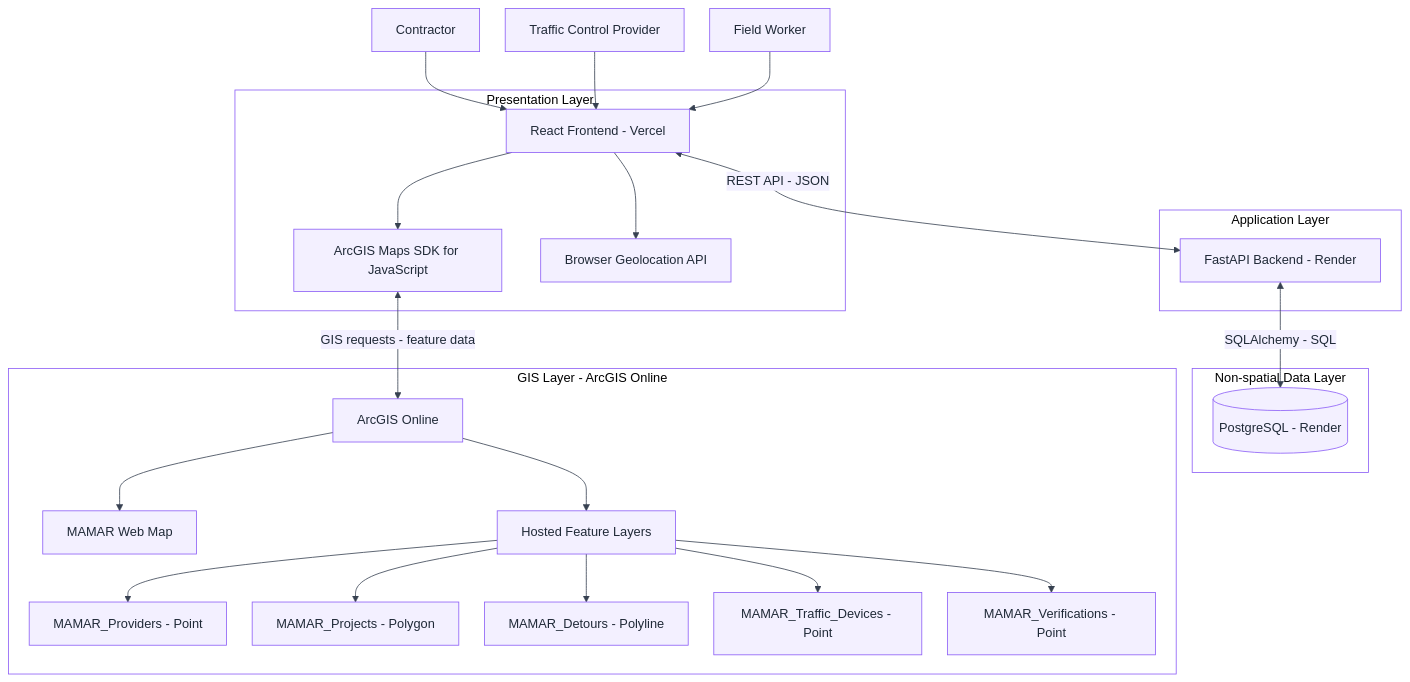
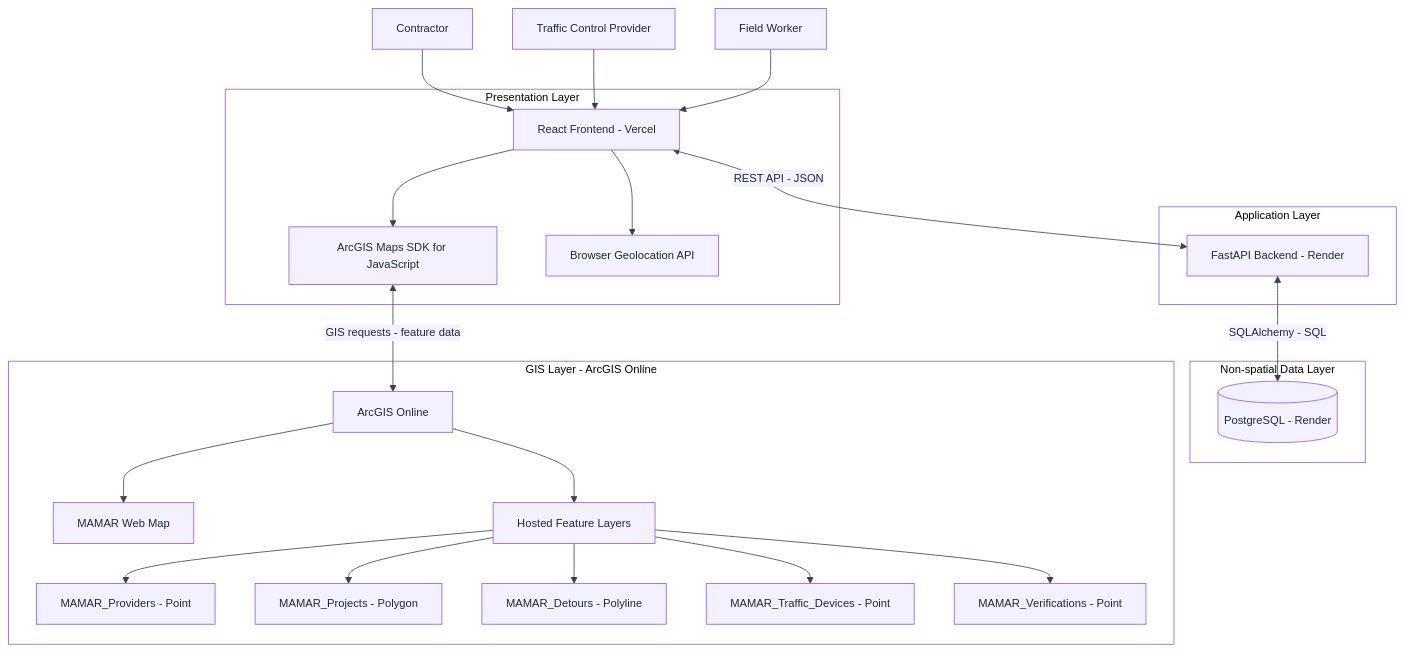
The first of 6 diagrams in Stage 3: Technical Documentation/README.md (janaalhazmi/MAMAR), drawn with Mermaid before and after one commit. The commit also changed other lines of this file, not shown here.

Commit message:
Polish and standardize Stage 3 Mermaid diagrams

````diff
--- a/Stage 3: Technical Documentation/README.md
+++ b/Stage 3: Technical Documentation/README.md
@@ -89,42 +89,38 @@
 ```mermaid
-%%{init: {"theme":"base","themeVariables":{"background":"#FFFFFF","primaryColor":"#F3F0FF","primaryTextColor":"#1F2937","primaryBorderColor":"#8B5CF6","lineColor":"#374151","secondaryColor":"#F3F0FF","tertiaryColor":"#FFFFFF","actorBkg":"#F3F0FF","actorBorder":"#8B5CF6","actorTextColor":"#1F2937","signalColor":"#374151","signalTextColor":"#1F2937","labelBoxBkgColor":"#F3F0FF","labelBoxBorderColor":"#8B5CF6","noteBkgColor":"#F3F0FF","noteBorderColor":"#8B5CF6","fontFamily":"Arial, sans-serif","fontSize":"16px"},"flowchart":{"nodeSpacing":32,"rankSpacing":48,"curve":"basis","htmlLabels":true}}}%%
+%%{init: {"theme": "base", "themeVariables": {"background": "#FFFFFF", "primaryColor": "#F3F0FF", "primaryTextColor": "#1F2937", "primaryBorderColor": "#8B5CF6", "lineColor": "#374151", "secondaryColor": "#F3F0FF", "tertiaryColor": "#FFFFFF", "actorBkg": "#F3F0FF", "actorBorder": "#8B5CF6", "actorTextColor": "#1F2937", "signalColor": "#374151", "signalTextColor": "#1F2937", "labelBoxBkgColor": "#F3F0FF", "labelBoxBorderColor": "#8B5CF6", "noteBkgColor": "#F3F0FF", "noteBorderColor": "#8B5CF6", "fontFamily": "Arial", "fontSize": "14px"}}}%%
 flowchart TB
     Contractor[Contractor] --> React[React Frontend - Vercel]
     Provider[Traffic Control Provider] --> React
     Worker[Field Worker] --> React
     subgraph Presentation[Presentation Layer]
       React --> SDK[ArcGIS Maps SDK for JavaScript]
       React --> Geo[Browser Geolocation API]
     end
     subgraph Application[Application Layer]
       API[FastAPI Backend - Render]
     end
     subgraph Database[Non-spatial Data Layer]
       DB[(PostgreSQL - Render)]
     end
     subgraph GIS[GIS Layer - ArcGIS Online]
       AGOL[ArcGIS Online]
       WebMap[MAMAR Web Map]
       Hosted[Hosted Feature Layers]
       P[MAMAR_Providers - Point]
       Pr[MAMAR_Projects - Polygon]
       D[MAMAR_Detours - Polyline]
       T[MAMAR_Traffic_Devices - Point]
       V[MAMAR_Verifications - Point]
       AGOL --> WebMap
       AGOL --> Hosted
-      Hosted --> P
-      Hosted --> Pr
-      Hosted --> D
-      Hosted --> T
-      Hosted --> V
+      Hosted --> P & Pr & D & T & V
     end
     React <-->|REST API - JSON| API
     API <-->|SQLAlchemy - SQL| DB
     SDK <-->|GIS requests - feature data| AGOL
     classDef default fill:#F3F0FF,stroke:#8B5CF6,color:#1F2937,stroke-width:1px;
     style Presentation fill:#FFFFFF,stroke:#8B5CF6
     style Application fill:#FFFFFF,stroke:#8B5CF6
     style Database fill:#FFFFFF,stroke:#8B5CF6
     style GIS fill:#FFFFFF,stroke:#8B5CF6
 ```
````
